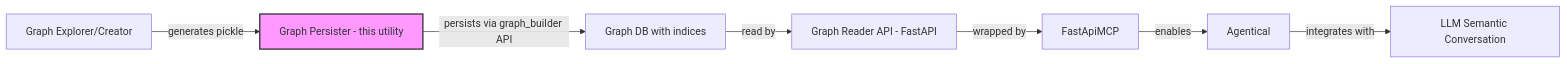
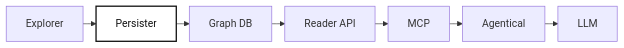
Before and after one commit to beanone/graph_persister: the diagram in README.md, drawn with Mermaid. The commit also changed other lines of this file, not shown here.

````diff
--- a/README.md
+++ b/README.md
@@ -11,11 +11,12 @@
 ```mermaid
+%%{init: {'flowchart': {'nodeSpacing': 20, 'rankSpacing': 20}} }%%
 flowchart LR
-    A[Graph Explorer/Creator] -- generates pickle --> B[Graph Persister - this utility]
-    B -- persists via graph_builder API --> C[Graph DB with indices]
-    C -- read by --> D[Graph Reader API - FastAPI]
-    D -- wrapped by --> E[FastApiMCP]
-    E -- enables --> F[Agentical]
-    F -- integrates with --> G[LLM Semantic Conversation]
+    A[Explorer] --> B[Persister]
+    B --> C[Graph DB]
+    C --> D[Reader API]
+    D --> E[MCP]
+    E --> F[Agentical]
+    F --> G[LLM]
 
-    style B fill:#f9f,stroke:#333,stroke-width:2px
+    style B fill:#fff,stroke:#111,stroke-width:2px,color:#111
 ```
````
